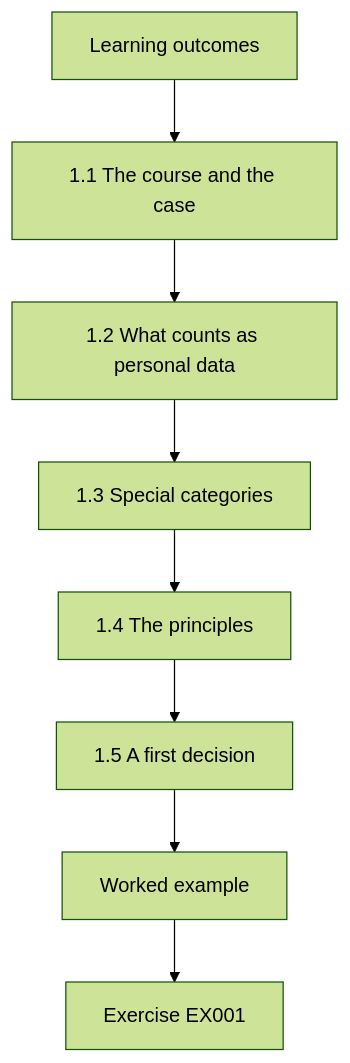
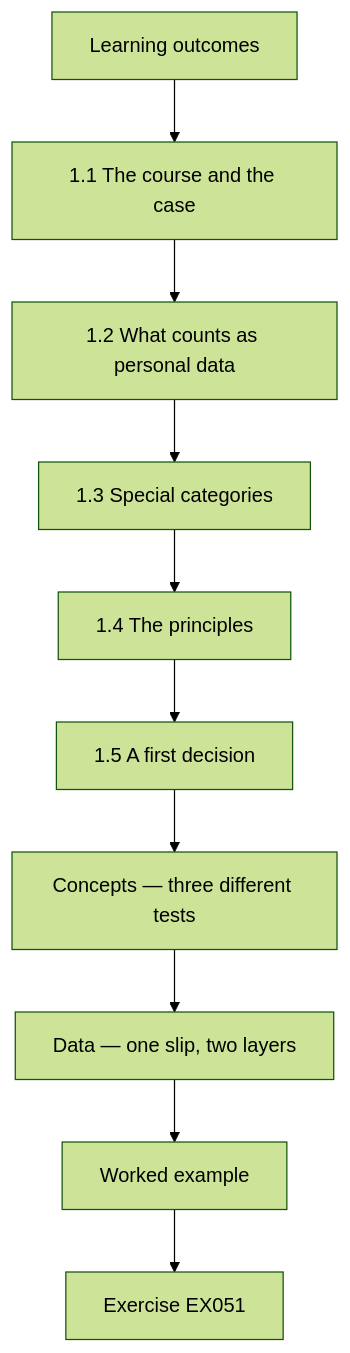
Before and after one commit to hiagokinlevi/CyKin: the first of 12 diagrams in levels/rapid-1-month/privacy-data-protection/en/book/MANUSCRIPT.md, drawn with Mermaid (forest theme). The commit also changed other lines of this file and 1 other file, not shown here.

````diff
--- a/levels/rapid-1-month/privacy-data-protection/en/book/MANUSCRIPT.md
+++ b/levels/rapid-1-month/privacy-data-protection/en/book/MANUSCRIPT.md
@@ -45,12 +45,14 @@
 ```mermaid
 flowchart TD
   N0["Learning outcomes"]
   N1["1.1 The course and the case"]
   N2["1.2 What counts as personal data"]
   N3["1.3 Special categories"]
   N4["1.4 The principles"]
   N5["1.5 A first decision"]
-  N0 --> N1 --> N2 --> N3 --> N4 --> N5
-  N5 --> EX["Worked example"]
-  EX --> Q["Exercise EX001"]
+  N6["Concepts — three different tests"]
+  N7["Data — one slip, two layers"]
+  N0 --> N1 --> N2 --> N3 --> N4 --> N5 --> N6 --> N7
+  N7 --> EX["Worked example"]
+  EX --> Q["Exercise EX051"]
 ```
````
